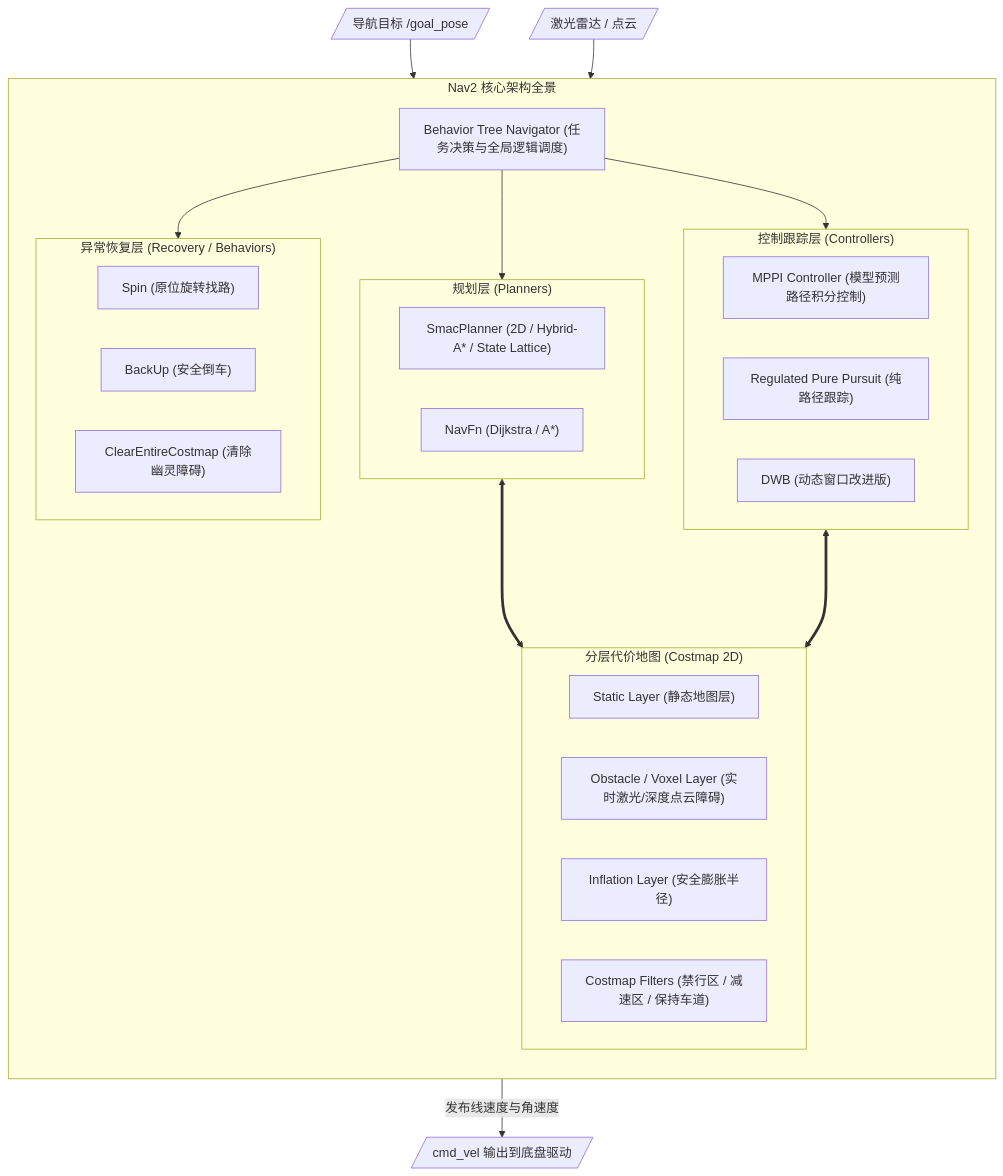
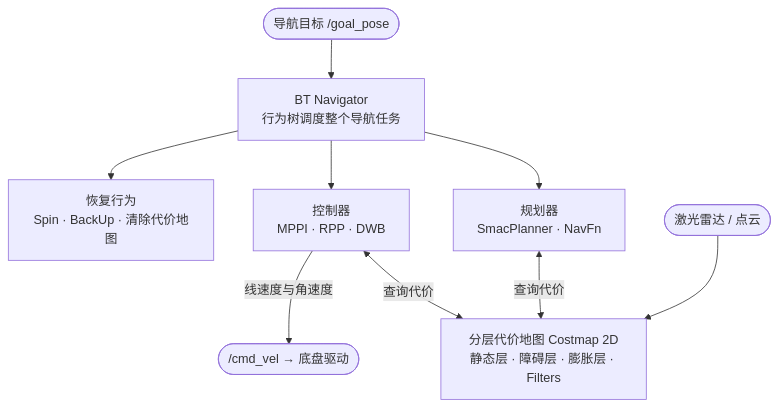
Before and after one commit to TingdeLiu/tingdeliu.github.io: diagram 17 of 21 in _posts/research/2026-03-05-ROS2-Survey.md, drawn with Mermaid. The commit also changed other lines of this file, not shown here.

````diff
--- a/_posts/research/2026-03-05-ROS2-Survey.md
+++ b/_posts/research/2026-03-05-ROS2-Survey.md
@@ -982,40 +901,11 @@
 ```mermaid
 flowchart TB
-    subgraph Nav2_Architecture["Nav2 核心架构全景"]
-        direction TB
-        BT_Nav["Behavior Tree Navigator (任务决策与全局逻辑调度)"]
-        
-        subgraph Planners["规划层 (Planners)"]
-            GP["SmacPlanner (2D / Hybrid-A* / State Lattice)"]
-            NavFn["NavFn (Dijkstra / A*)"]
-        end
-
-        subgraph Controllers["控制跟踪层 (Controllers)"]
-            MPPI["MPPI Controller (模型预测路径积分控制)"]
-            RPP["Regulated Pure Pursuit (纯路径跟踪)"]
-            DWB["DWB (动态窗口改进版)"]
-        end
-
-        subgraph Costmaps["分层代价地图 (Costmap 2D)"]
-            StaticL["Static Layer (静态地图层)"]
-            ObstacleL["Obstacle / Voxel Layer (实时激光/深度点云障碍)"]
-            InflationL["Inflation Layer (安全膨胀半径)"]
-            SemanticL["Costmap Filters (禁行区 / 减速区 / 保持车道)"]
-        end
-
-        subgraph Recoveries["异常恢复层 (Recovery / Behaviors)"]
-            Spin["Spin (原位旋转找路)"]
-            BackUp["BackUp (安全倒车)"]
-            ClearMap["ClearEntireCostmap (清除幽灵障碍)"]
-        end
-
-        BT_Nav --> Planners
-        BT_Nav --> Controllers
-        BT_Nav --> Recoveries
-        Planners & Controllers <===> Costmaps
-    end
-
-    GoalIn[/导航目标 /goal_pose/] --> BT_Nav
-    SensorsIn[/激光雷达 / 点云 /] --> Costmaps
-    Controllers -->|发布线速度与角速度| CmdVel[/cmd_vel 输出到底盘驱动/]
+    GoalIn(["导航目标 /goal_pose"]) --> BT_Nav["BT Navigator<br/>行为树调度整个导航任务"]
+    BT_Nav --> Planners["规划器<br/>SmacPlanner · NavFn"]
+    BT_Nav --> Controllers["控制器<br/>MPPI · RPP · DWB"]
+    BT_Nav --> Behaviors["恢复行为<br/>Spin · BackUp · 清除代价地图"]
+    Planners <-->|查询代价| Costmaps["分层代价地图 Costmap 2D<br/>静态层 · 障碍层 · 膨胀层 · Filters"]
+    Controllers <-->|查询代价| Costmaps
+    SensorsIn(["激光雷达 / 点云"]) --> Costmaps
+    Controllers -->|线速度与角速度| CmdVel(["/cmd_vel → 底盘驱动"])
 ```
````
